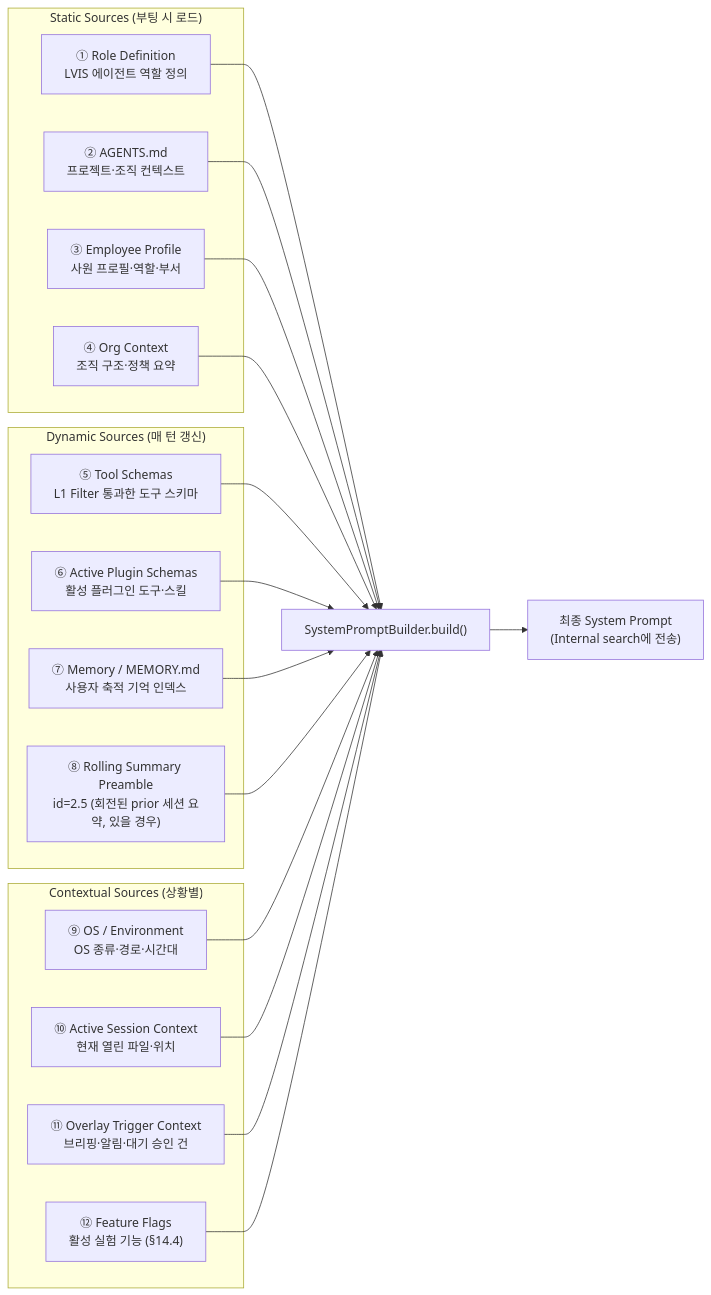
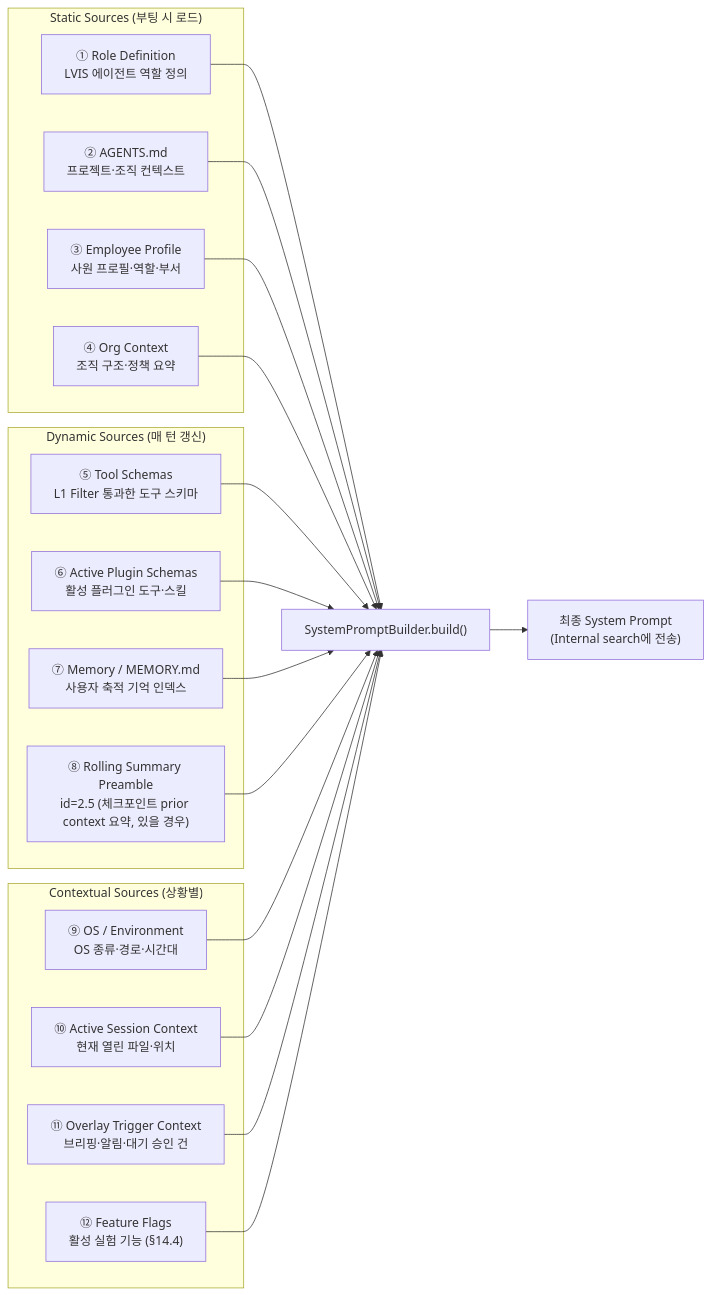
Before and after one commit to lvis-project/lvis-app: diagram 14 of 44 in docs/architecture/architecture.md, drawn with Mermaid. The commit also changed other lines of this file and 10 other files, not shown here.

````diff
--- a/docs/architecture/architecture.md
+++ b/docs/architecture/architecture.md
@@ -995,38 +995,38 @@
 ```mermaid
 flowchart LR
     subgraph "Static Sources (부팅 시 로드)"
         S1["① Role Definition<br/>LVIS 에이전트 역할 정의"]
         S2["② AGENTS.md<br/>프로젝트·조직 컨텍스트"]
         S3["③ Employee Profile<br/>사원 프로필·역할·부서"]
         S4["④ Org Context<br/>조직 구조·정책 요약"]
     end
 
     subgraph "Dynamic Sources (매 턴 갱신)"
         S5["⑤ Tool Schemas<br/>L1 Filter 통과한 도구 스키마"]
         S6["⑥ Active Plugin Schemas<br/>활성 플러그인 도구·스킬"]
         S7["⑦ Memory / MEMORY.md<br/>사용자 축적 기억 인덱스"]
-        S8["⑧ Rolling Summary Preamble<br/>id=2.5 (회전된 prior 세션 요약, 있을 경우)"]
+        S8["⑧ Rolling Summary Preamble<br/>id=2.5 (체크포인트 prior context 요약, 있을 경우)"]
     end
 
     subgraph "Contextual Sources (상황별)"
         S9["⑨ OS / Environment<br/>OS 종류·경로·시간대"]
         S10["⑩ Active Session Context<br/>현재 열린 파일·위치"]
         S11["⑪ Overlay Trigger Context<br/>브리핑·알림·대기 승인 건"]
         S12["⑫ Feature Flags<br/>활성 실험 기능 (§14.4)"]
     end
 
     S1 --> BUILD["SystemPromptBuilder.build()"]
     S2 --> BUILD
     S3 --> BUILD
     S4 --> BUILD
     S5 --> BUILD
     S6 --> BUILD
     S7 --> BUILD
     S8 --> BUILD
     S9 --> BUILD
     S10 --> BUILD
     S11 --> BUILD
     S12 --> BUILD
 
     BUILD --> PROMPT["최종 System Prompt<br/>(Internal search에 전송)"]
 ```
````
